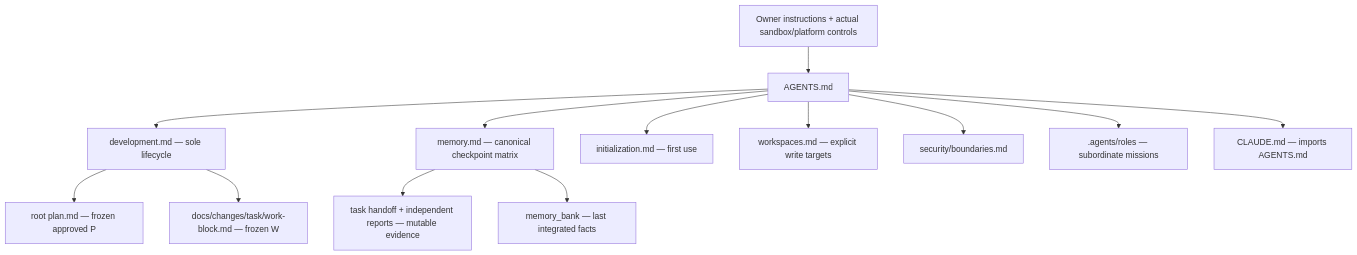
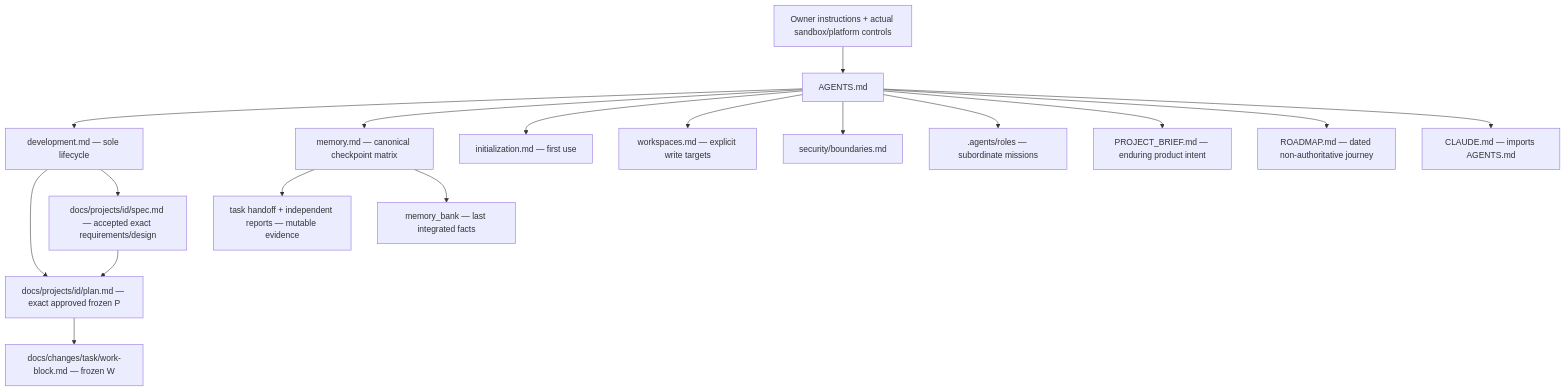
One commit to oleyna80/agentic-sdlc-lite changed the second of 2 diagrams in docs/architecture/overview.md. Above: the diagram before and after it, drawn with Mermaid. The commit also changed other lines of this file and 16 other files, not shown here.

Commit message:
docs(issue-010): implement project-local Spec/P, ROADMAP and deterministic stage recovery

````diff
--- a/docs/architecture/overview.md
+++ b/docs/architecture/overview.md
@@ -46,15 +46,19 @@
 ```mermaid
 flowchart TD
     OWNER["Owner instructions + actual sandbox/platform controls"] --> ROOT["AGENTS.md"]
     ROOT --> DEV["development.md — sole lifecycle"]
     ROOT --> MEM["memory.md — canonical checkpoint matrix"]
     ROOT --> INIT["initialization.md — first use"]
     ROOT --> WORK["workspaces.md — explicit write targets"]
     ROOT --> SEC["security/boundaries.md"]
     ROOT --> ROLES[".agents/roles — subordinate missions"]
-    DEV --> PLAN["root plan.md — frozen approved P"]
-    DEV --> STAGE["docs/changes/task/work-block.md — frozen W"]
+    DEV --> PLAN["docs/projects/id/plan.md — exact approved frozen P"]
+    DEV --> SPEC["docs/projects/id/spec.md — accepted exact requirements/design"]
+    SPEC --> PLAN
+    PLAN --> STAGE["docs/changes/task/work-block.md — frozen W"]
     MEM --> HANDOFF["task handoff + independent reports — mutable evidence"]
     MEM --> BANK["memory_bank — last integrated facts"]
+    ROOT --> BRIEF["PROJECT_BRIEF.md — enduring product intent"]
+    ROOT --> ROADMAP["ROADMAP.md — dated non-authoritative journey"]
     ROOT --> CLAUDE["CLAUDE.md — imports AGENTS.md"]
 ```
````
